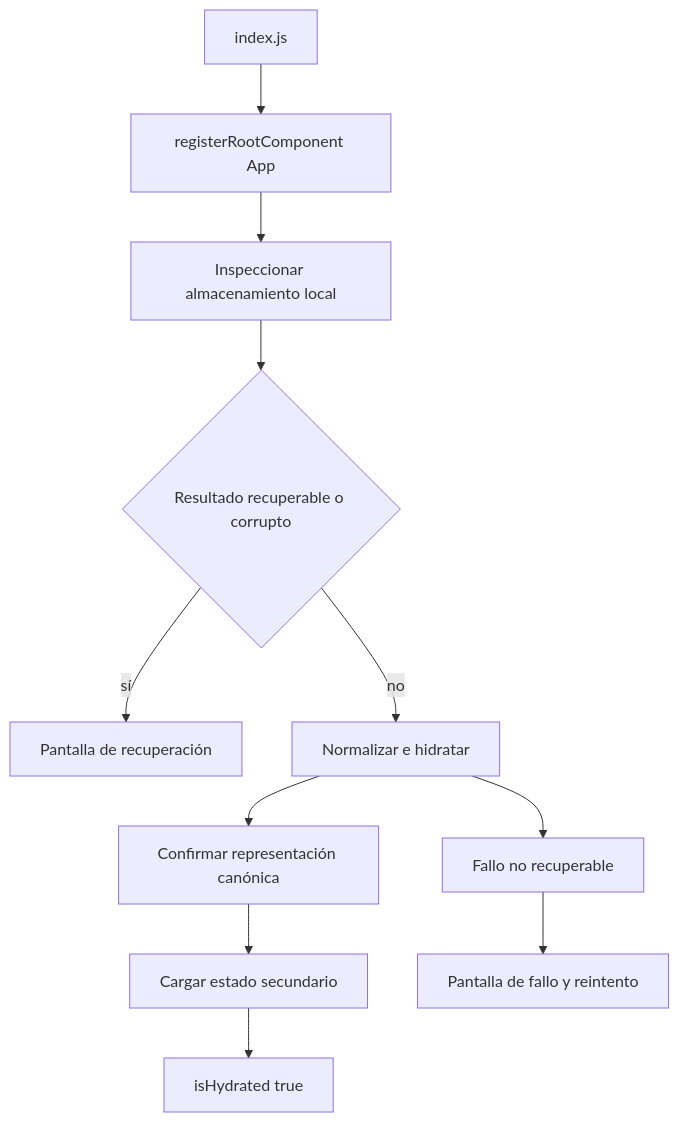
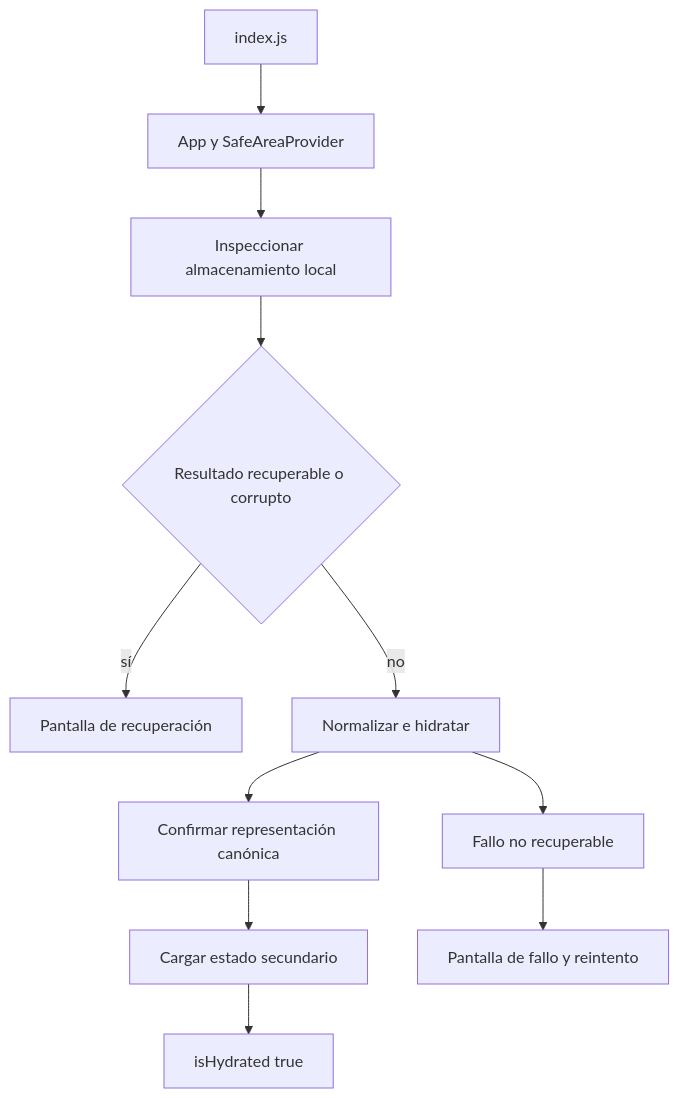
The first of 2 diagrams in openwiki/mobile/application-shell.md (maximofn/gymnasia), drawn with Mermaid before and after one commit. The commit also changed other lines of this file and 54 other files, not shown here.

````diff
--- a/openwiki/mobile/application-shell.md
+++ b/openwiki/mobile/application-shell.md
@@ -43,13 +51,13 @@
 ```mermaid
 flowchart TD
-    Entry["index.js"] --> Root["registerRootComponent App"]
+    Entry["index.js"] --> Root["App y SafeAreaProvider"]
     Root --> Inspect["Inspeccionar almacenamiento local"]
     Inspect --> Quarantine{"Resultado recuperable o corrupto"}
     Quarantine -->|"sí"| Recovery["Pantalla de recuperación"]
     Quarantine -->|"no"| Normalize["Normalizar e hidratar"]
     Normalize --> Commit["Confirmar representación canónica"]
     Commit --> Secondary["Cargar estado secundario"]
     Secondary --> Ready["isHydrated true"]
     Normalize --> Failure["Fallo no recuperable"]
     Failure --> Retry["Pantalla de fallo y reintento"]
 ```
````
